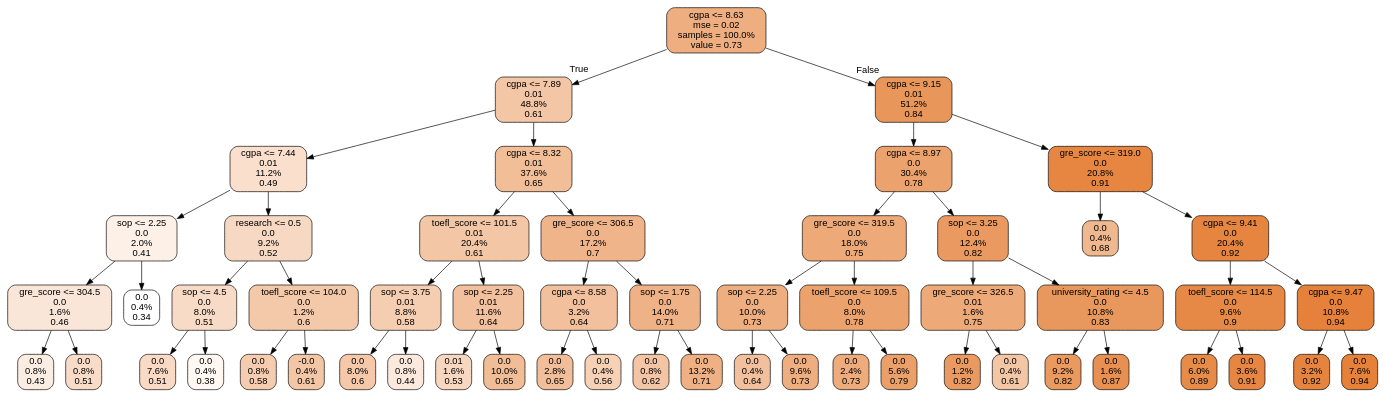
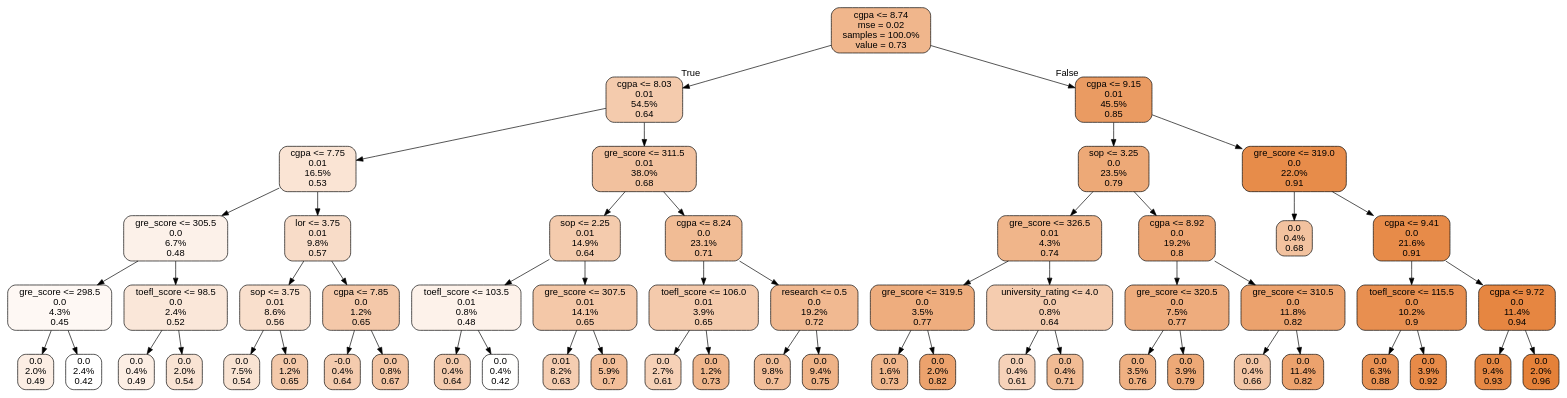
Before and after one commit to shawlu95/Data-Science-Toolbox: the diagram in case_study/graduate_admission/tree.dot, drawn with Graphviz. The commit also changed 2 other files, not shown here.

```diff
--- a/case_study/graduate_admission/tree.dot
+++ b/case_study/graduate_admission/tree.dot
@@ -1,113 +1,117 @@
 digraph Tree {
 node [shape=box, style="filled, rounded", color="black", fontname=helvetica] ;
 edge [fontname=helvetica] ;
-0 [label="cgpa <= 8.63\nmse = 0.02\nsamples = 100.0%\nvalue = 0.73", fillcolor="#e58139a3"] ;
-1 [label="cgpa <= 7.89\n0.01\n48.8%\n0.61", fillcolor="#e5813973"] ;
+0 [label="cgpa <= 8.74\nmse = 0.02\nsamples = 100.0%\nvalue = 0.73", fillcolor="#e5813994"] ;
+1 [label="cgpa <= 8.03\n0.01\n54.5%\n0.64", fillcolor="#e5813969"] ;
 0 -> 1 [labeldistance=2.5, labelangle=45, headlabel="True"] ;
-2 [label="cgpa <= 7.44\n0.01\n11.2%\n0.49", fillcolor="#e5813941"] ;
+2 [label="cgpa <= 7.75\n0.01\n16.5%\n0.53", fillcolor="#e5813937"] ;
 1 -> 2 ;
-3 [label="sop <= 2.25\n0.0\n2.0%\n0.41", fillcolor="#e581391f"] ;
+3 [label="gre_score <= 305.5\n0.0\n6.7%\n0.48", fillcolor="#e581391c"] ;
 2 -> 3 ;
-4 [label="gre_score <= 304.5\n0.0\n1.6%\n0.46", fillcolor="#e5813932"] ;
+4 [label="gre_score <= 298.5\n0.0\n4.3%\n0.45", fillcolor="#e581390e"] ;
 3 -> 4 ;
-5 [label="0.0\n0.8%\n0.43", fillcolor="#e5813925"] ;
+5 [label="0.0\n2.0%\n0.49", fillcolor="#e5813922"] ;
 4 -> 5 ;
-6 [label="0.0\n0.8%\n0.51", fillcolor="#e5813947"] ;
+6 [label="0.0\n2.4%\n0.42", fillcolor="#e5813900"] ;
 4 -> 6 ;
-7 [label="0.0\n0.4%\n0.34", fillcolor="#e5813900"] ;
+7 [label="toefl_score <= 98.5\n0.0\n2.4%\n0.52", fillcolor="#e5813930"] ;
 3 -> 7 ;
-8 [label="research <= 0.5\n0.0\n9.2%\n0.52", fillcolor="#e581394d"] ;
-2 -> 8 ;
-9 [label="sop <= 4.5\n0.0\n8.0%\n0.51", fillcolor="#e5813948"] ;
-8 -> 9 ;
-10 [label="0.0\n7.6%\n0.51", fillcolor="#e581394a"] ;
-9 -> 10 ;
-11 [label="0.0\n0.4%\n0.38", fillcolor="#e5813911"] ;
-9 -> 11 ;
-12 [label="toefl_score <= 104.0\n0.0\n1.2%\n0.6", fillcolor="#e581396d"] ;
-8 -> 12 ;
-13 [label="0.0\n0.8%\n0.58", fillcolor="#e5813966"] ;
-12 -> 13 ;
-14 [label="-0.0\n0.4%\n0.61", fillcolor="#e5813973"] ;
-12 -> 14 ;
-15 [label="cgpa <= 8.32\n0.01\n37.6%\n0.65", fillcolor="#e5813984"] ;
-1 -> 15 ;
-16 [label="toefl_score <= 101.5\n0.01\n20.4%\n0.61", fillcolor="#e5813973"] ;
-15 -> 16 ;
-17 [label="sop <= 3.75\n0.01\n8.8%\n0.58", fillcolor="#e5813965"] ;
-16 -> 17 ;
-18 [label="0.0\n8.0%\n0.6", fillcolor="#e581396f"] ;
+8 [label="0.0\n0.4%\n0.49", fillcolor="#e5813922"] ;
+7 -> 8 ;
+9 [label="0.0\n2.0%\n0.54", fillcolor="#e5813938"] ;
+7 -> 9 ;
+10 [label="lor <= 3.75\n0.01\n9.8%\n0.57", fillcolor="#e5813947"] ;
+2 -> 10 ;
+11 [label="sop <= 3.75\n0.01\n8.6%\n0.56", fillcolor="#e5813941"] ;
+10 -> 11 ;
+12 [label="0.0\n7.5%\n0.54", fillcolor="#e5813939"] ;
+11 -> 12 ;
+13 [label="0.0\n1.2%\n0.65", fillcolor="#e581396d"] ;
+11 -> 13 ;
+14 [label="cgpa <= 7.85\n0.0\n1.2%\n0.65", fillcolor="#e581396e"] ;
+10 -> 14 ;
+15 [label="-0.0\n0.4%\n0.64", fillcolor="#e5813968"] ;
+14 -> 15 ;
+16 [label="0.0\n0.8%\n0.67", fillcolor="#e5813976"] ;
+14 -> 16 ;
+17 [label="gre_score <= 311.5\n0.01\n38.0%\n0.68", fillcolor="#e581397c"] ;
+1 -> 17 ;
+18 [label="sop <= 2.25\n0.01\n14.9%\n0.64", fillcolor="#e5813969"] ;
 17 -> 18 ;
-19 [label="0.0\n0.8%\n0.44", fillcolor="#e581392c"] ;
-17 -> 19 ;
-20 [label="sop <= 2.25\n0.01\n11.6%\n0.64", fillcolor="#e581397e"] ;
-16 -> 20 ;
-21 [label="0.01\n1.6%\n0.53", fillcolor="#e5813951"] ;
-20 -> 21 ;
-22 [label="0.0\n10.0%\n0.65", fillcolor="#e5813985"] ;
-20 -> 22 ;
-23 [label="gre_score <= 306.5\n0.0\n17.2%\n0.7", fillcolor="#e5813997"] ;
-15 -> 23 ;
-24 [label="cgpa <= 8.58\n0.0\n3.2%\n0.64", fillcolor="#e581397f"] ;
-23 -> 24 ;
-25 [label="0.0\n2.8%\n0.65", fillcolor="#e5813983"] ;
-24 -> 25 ;
-26 [label="0.0\n0.4%\n0.56", fillcolor="#e581395d"] ;
-24 -> 26 ;
-27 [label="sop <= 1.75\n0.0\n14.0%\n0.71", fillcolor="#e581399b"] ;
-23 -> 27 ;
-28 [label="0.0\n0.8%\n0.62", fillcolor="#e5813975"] ;
-27 -> 28 ;
-29 [label="0.0\n13.2%\n0.71", fillcolor="#e581399e"] ;
-27 -> 29 ;
-30 [label="cgpa <= 9.15\n0.01\n51.2%\n0.84", fillcolor="#e58139d3"] ;
-0 -> 30 [labeldistance=2.5, labelangle=-45, headlabel="False"] ;
-31 [label="cgpa <= 8.97\n0.0\n30.4%\n0.78", fillcolor="#e58139bb"] ;
-30 -> 31 ;
-32 [label="gre_score <= 319.5\n0.0\n18.0%\n0.75", fillcolor="#e58139ae"] ;
-31 -> 32 ;
-33 [label="sop <= 2.25\n0.0\n10.0%\n0.73", fillcolor="#e58139a3"] ;
+19 [label="toefl_score <= 103.5\n0.01\n0.8%\n0.48", fillcolor="#e581391b"] ;
+18 -> 19 ;
+20 [label="0.0\n0.4%\n0.64", fillcolor="#e5813968"] ;
+19 -> 20 ;
+21 [label="0.0\n0.4%\n0.42", fillcolor="#e5813901"] ;
+19 -> 21 ;
+22 [label="gre_score <= 307.5\n0.01\n14.1%\n0.65", fillcolor="#e581396f"] ;
+18 -> 22 ;
+23 [label="0.01\n8.2%\n0.63", fillcolor="#e5813964"] ;
+22 -> 23 ;
+24 [label="0.0\n5.9%\n0.7", fillcolor="#e5813983"] ;
+22 -> 24 ;
+25 [label="cgpa <= 8.24\n0.0\n23.1%\n0.71", fillcolor="#e5813988"] ;
+17 -> 25 ;
+26 [label="toefl_score <= 106.0\n0.01\n3.9%\n0.65", fillcolor="#e581396b"] ;
+25 -> 26 ;
+27 [label="0.0\n2.7%\n0.61", fillcolor="#e581395c"] ;
+26 -> 27 ;
+28 [label="0.0\n1.2%\n0.73", fillcolor="#e5813993"] ;
+26 -> 28 ;
+29 [label="research <= 0.5\n0.0\n19.2%\n0.72", fillcolor="#e581398d"] ;
+25 -> 29 ;
+30 [label="0.0\n9.8%\n0.7", fillcolor="#e5813983"] ;
+29 -> 30 ;
+31 [label="0.0\n9.4%\n0.75", fillcolor="#e581399a"] ;
+29 -> 31 ;
+32 [label="cgpa <= 9.15\n0.01\n45.5%\n0.85", fillcolor="#e58139c9"] ;
+0 -> 32 [labeldistance=2.5, labelangle=-45, headlabel="False"] ;
+33 [label="sop <= 3.25\n0.0\n23.5%\n0.79", fillcolor="#e58139ae"] ;
 32 -> 33 ;
-34 [label="0.0\n0.4%\n0.64", fillcolor="#e581397f"] ;
+34 [label="gre_score <= 326.5\n0.01\n4.3%\n0.74", fillcolor="#e5813996"] ;
 33 -> 34 ;
-35 [label="0.0\n9.6%\n0.73", fillcolor="#e58139a4"] ;
-33 -> 35 ;
-36 [label="toefl_score <= 109.5\n0.0\n8.0%\n0.78", fillcolor="#e58139bb"] ;
-32 -> 36 ;
-37 [label="0.0\n2.4%\n0.73", fillcolor="#e58139a7"] ;
-36 -> 37 ;
-38 [label="0.0\n5.6%\n0.79", fillcolor="#e58139c1"] ;
-36 -> 38 ;
-39 [label="sop <= 3.25\n0.0\n12.4%\n0.82", fillcolor="#e58139cc"] ;
-31 -> 39 ;
-40 [label="gre_score <= 326.5\n0.01\n1.6%\n0.75", fillcolor="#e58139ad"] ;
-39 -> 40 ;
-41 [label="0.0\n1.2%\n0.82", fillcolor="#e58139cb"] ;
-40 -> 41 ;
-42 [label="0.0\n0.4%\n0.61", fillcolor="#e5813973"] ;
-40 -> 42 ;
-43 [label="university_rating <= 4.5\n0.0\n10.8%\n0.83", fillcolor="#e58139d0"] ;
-39 -> 43 ;
-44 [label="0.0\n9.2%\n0.82", fillcolor="#e58139ce"] ;
-43 -> 44 ;
-45 [label="0.0\n1.6%\n0.87", fillcolor="#e58139e0"] ;
-43 -> 45 ;
-46 [label="gre_score <= 319.0\n0.0\n20.8%\n0.91", fillcolor="#e58139f4"] ;
-30 -> 46 ;
-47 [label="0.0\n0.4%\n0.68", fillcolor="#e5813990"] ;
-46 -> 47 ;
-48 [label="cgpa <= 9.41\n0.0\n20.4%\n0.92", fillcolor="#e58139f5"] ;
-46 -> 48 ;
-49 [label="toefl_score <= 114.5\n0.0\n9.6%\n0.9", fillcolor="#e58139ed"] ;
+35 [label="gre_score <= 319.5\n0.0\n3.5%\n0.77", fillcolor="#e58139a6"] ;
+34 -> 35 ;
+36 [label="0.0\n1.6%\n0.73", fillcolor="#e5813992"] ;
+35 -> 36 ;
+37 [label="0.0\n2.0%\n0.82", fillcolor="#e58139bb"] ;
+35 -> 37 ;
+38 [label="university_rating <= 4.0\n0.0\n0.8%\n0.64", fillcolor="#e5813966"] ;
+34 -> 38 ;
+39 [label="0.0\n0.4%\n0.61", fillcolor="#e581395a"] ;
+38 -> 39 ;
+40 [label="0.0\n0.4%\n0.71", fillcolor="#e5813989"] ;
+38 -> 40 ;
+41 [label="cgpa <= 8.92\n0.0\n19.2%\n0.8", fillcolor="#e58139b3"] ;
+33 -> 41 ;
+42 [label="gre_score <= 320.5\n0.0\n7.5%\n0.77", fillcolor="#e58139a7"] ;
+41 -> 42 ;
+43 [label="0.0\n3.5%\n0.76", fillcolor="#e58139a0"] ;
+42 -> 43 ;
+44 [label="0.0\n3.9%\n0.79", fillcolor="#e58139ae"] ;
+42 -> 44 ;
+45 [label="gre_score <= 310.5\n0.0\n11.8%\n0.82", fillcolor="#e58139bb"] ;
+41 -> 45 ;
+46 [label="0.0\n0.4%\n0.66", fillcolor="#e5813972"] ;
+45 -> 46 ;
+47 [label="0.0\n11.4%\n0.82", fillcolor="#e58139bc"] ;
+45 -> 47 ;
+48 [label="gre_score <= 319.0\n0.0\n22.0%\n0.91", fillcolor="#e58139e8"] ;
+32 -> 48 ;
+49 [label="0.0\n0.4%\n0.68", fillcolor="#e581397b"] ;
 48 -> 49 ;
-50 [label="0.0\n6.0%\n0.89", fillcolor="#e58139ea"] ;
-49 -> 50 ;
-51 [label="0.0\n3.6%\n0.91", fillcolor="#e58139f3"] ;
-49 -> 51 ;
-52 [label="cgpa <= 9.47\n0.0\n10.8%\n0.94", fillcolor="#e58139fd"] ;
-48 -> 52 ;
-53 [label="0.0\n3.2%\n0.92", fillcolor="#e58139f7"] ;
-52 -> 53 ;
-54 [label="0.0\n7.6%\n0.94", fillcolor="#e58139ff"] ;
-52 -> 54 ;
+50 [label="cgpa <= 9.41\n0.0\n21.6%\n0.91", fillcolor="#e58139ea"] ;
+48 -> 50 ;
+51 [label="toefl_score <= 115.5\n0.0\n10.2%\n0.9", fillcolor="#e58139e1"] ;
+50 -> 51 ;
+52 [label="0.0\n6.3%\n0.88", fillcolor="#e58139db"] ;
+51 -> 52 ;
+53 [label="0.0\n3.9%\n0.92", fillcolor="#e58139eb"] ;
+51 -> 53 ;
+54 [label="cgpa <= 9.72\n0.0\n11.4%\n0.94", fillcolor="#e58139f4"] ;
+50 -> 54 ;
+55 [label="0.0\n9.4%\n0.93", fillcolor="#e58139f0"] ;
+54 -> 55 ;
+56 [label="0.0\n2.0%\n0.96", fillcolor="#e58139ff"] ;
+54 -> 56 ;
 }
```
